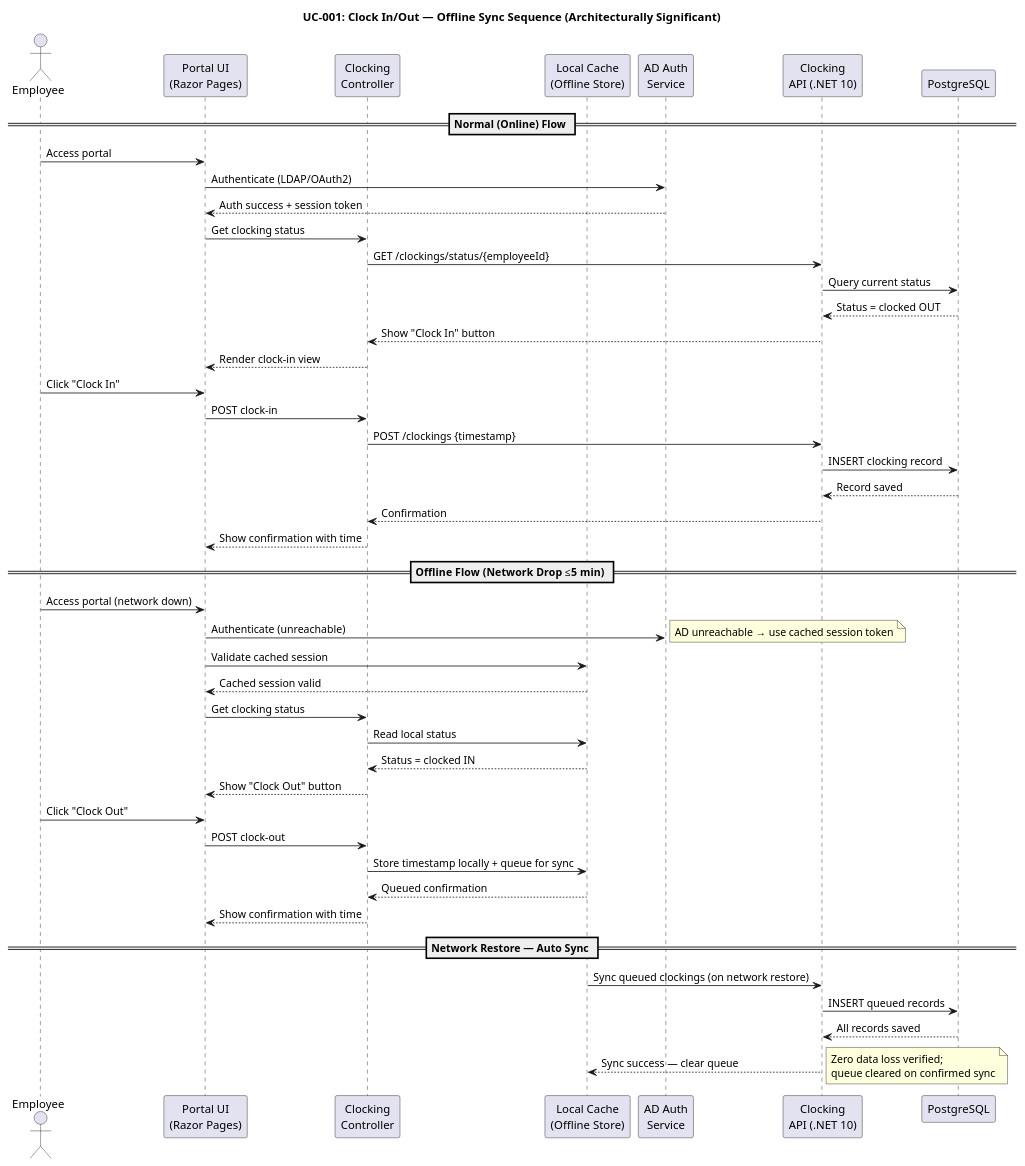
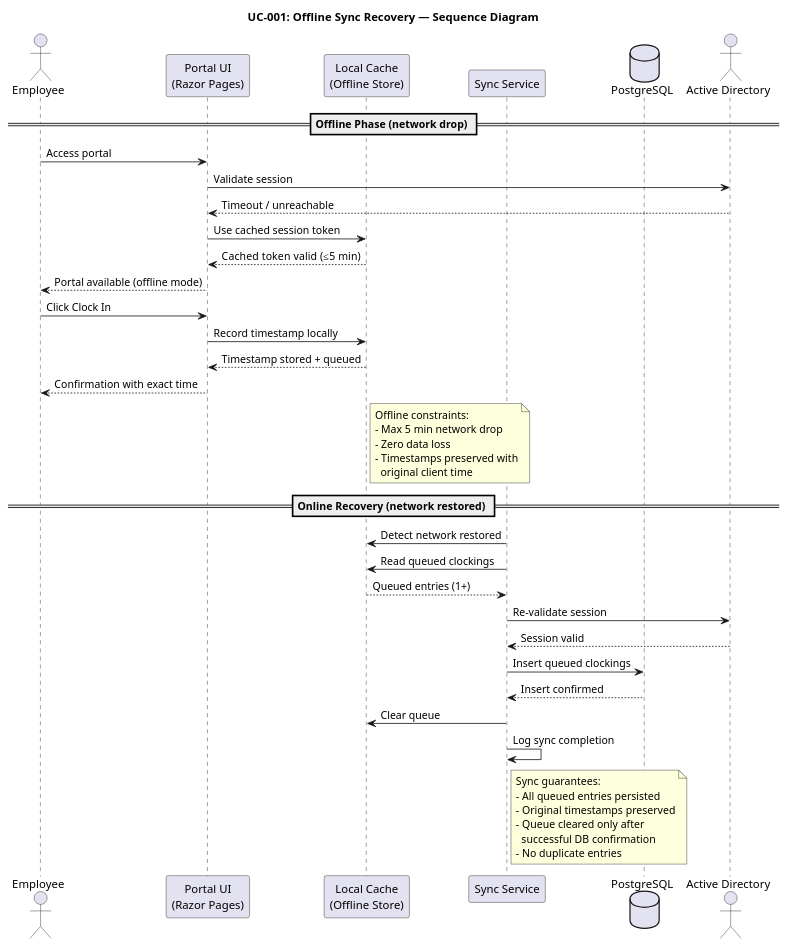
One commit to banense-test/demo-janke-lab changed the third of 11 diagrams in docs/artifacts/requirements/use-case-model.md. Above: the diagram before and after it, drawn with PlantUML. The commit also changed other lines of this file, not shown here.

````diff
--- a/docs/artifacts/requirements/use-case-model.md
+++ b/docs/artifacts/requirements/use-case-model.md
@@ -176,55 +174,54 @@
 ```plantuml
 @startuml
-title UC-001: Clock In/Out — Offline Sync Sequence (Architecturally Significant)
+title UC-001: Offline Sync Recovery — Sequence Diagram
 
 actor "Employee" as EMP
 participant "Portal UI\n(Razor Pages)" as UI
-participant "Clocking\nController" as CTRL
 participant "Local Cache\n(Offline Store)" as CACHE
-participant "AD Auth\nService" as AD
-participant "Clocking\nAPI (.NET 10)" as API
-participant "PostgreSQL" as DB
+participant "Sync Service" as SYNC
+database "PostgreSQL" as DB
+actor "Active Directory" as AD
 
-== Normal (Online) Flow ==
-EMP -> UI: Access portal
-UI -> AD: Authenticate (LDAP/OAuth2)
-AD --> UI: Auth success + session token
-UI -> CTRL: Get clocking status
-CTRL -> API: GET /clockings/status/{employeeId}
-API -> DB: Query current status
-DB --> API: Status = clocked OUT
-API --> CTRL: Show "Clock In" button
-CTRL --> UI: Render clock-in view
-EMP -> UI: Click "Clock In"
-UI -> CTRL: POST clock-in
-CTRL -> API: POST /clockings {timestamp}
-API -> DB: INSERT clocking record
-DB --> API: Record saved
-API --> CTRL: Confirmation
-CTRL --> UI: Show confirmation with time
+== Offline Phase (network drop) ==
+EMP -> UI : Access portal
+UI -> AD : Validate session
+AD --> UI : Timeout / unreachable
+UI -> CACHE : Use cached session token
+CACHE --> UI : Cached token valid (≤5 min)
+UI --> EMP : Portal available (offline mode)
 
-== Offline Flow (Network Drop ≤5 min) ==
-EMP -> UI: Access portal (network down)
-UI -> AD: Authenticate (unreachable)
-note right: AD unreachable → use cached session token
-UI -> CACHE: Validate cached session
-CACHE --> UI: Cached session valid
-UI -> CTRL: Get clocking status
-CTRL -> CACHE: Read local status
-CACHE --> CTRL: Status = clocked IN
-CTRL --> UI: Show "Clock Out" button
-EMP -> UI: Click "Clock Out"
-UI -> CTRL: POST clock-out
-CTRL -> CACHE: Store timestamp locally + queue for sync
-CACHE --> CTRL: Queued confirmation
-CTRL --> UI: Show confirmation with time
+EMP -> UI : Click Clock In
+UI -> CACHE : Record timestamp locally
+CACHE --> UI : Timestamp stored + queued
+UI --> EMP : Confirmation with exact time
 
-== Network Restore — Auto Sync ==
-CACHE -> API: Sync queued clockings (on network restore)
-API -> DB: INSERT queued records
-DB --> API: All records saved
-API --> CACHE: Sync success — clear queue
-note right: Zero data loss verified;\nqueue cleared on confirmed sync
+note right of CACHE
+  Offline constraints:
+  - Max 5 min network drop
+  - Zero data loss
+  - Timestamps preserved with
+    original client time
+end note
+
+== Online Recovery (network restored) ==
+SYNC -> CACHE : Detect network restored
+SYNC -> CACHE : Read queued clockings
+CACHE --> SYNC : Queued entries (1+)
+SYNC -> AD : Re-validate session
+AD --> SYNC : Session valid
+SYNC -> DB : Insert queued clockings
+DB --> SYNC : Insert confirmed
+SYNC -> CACHE : Clear queue
+SYNC -> SYNC : Log sync completion
+
+note right of SYNC
+  Sync guarantees:
+  - All queued entries persisted
+  - Original timestamps preserved
+  - Queue cleared only after
+    successful DB confirmation
+  - No duplicate entries
+end note
 
 @enduml
 ```
````
